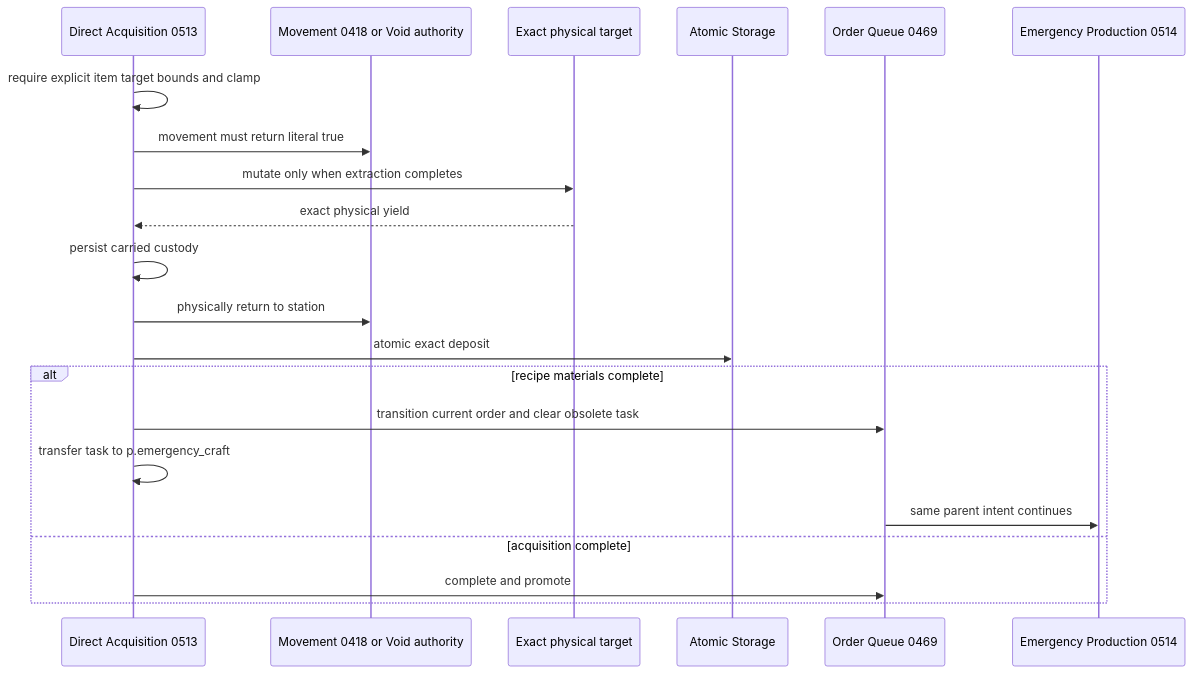
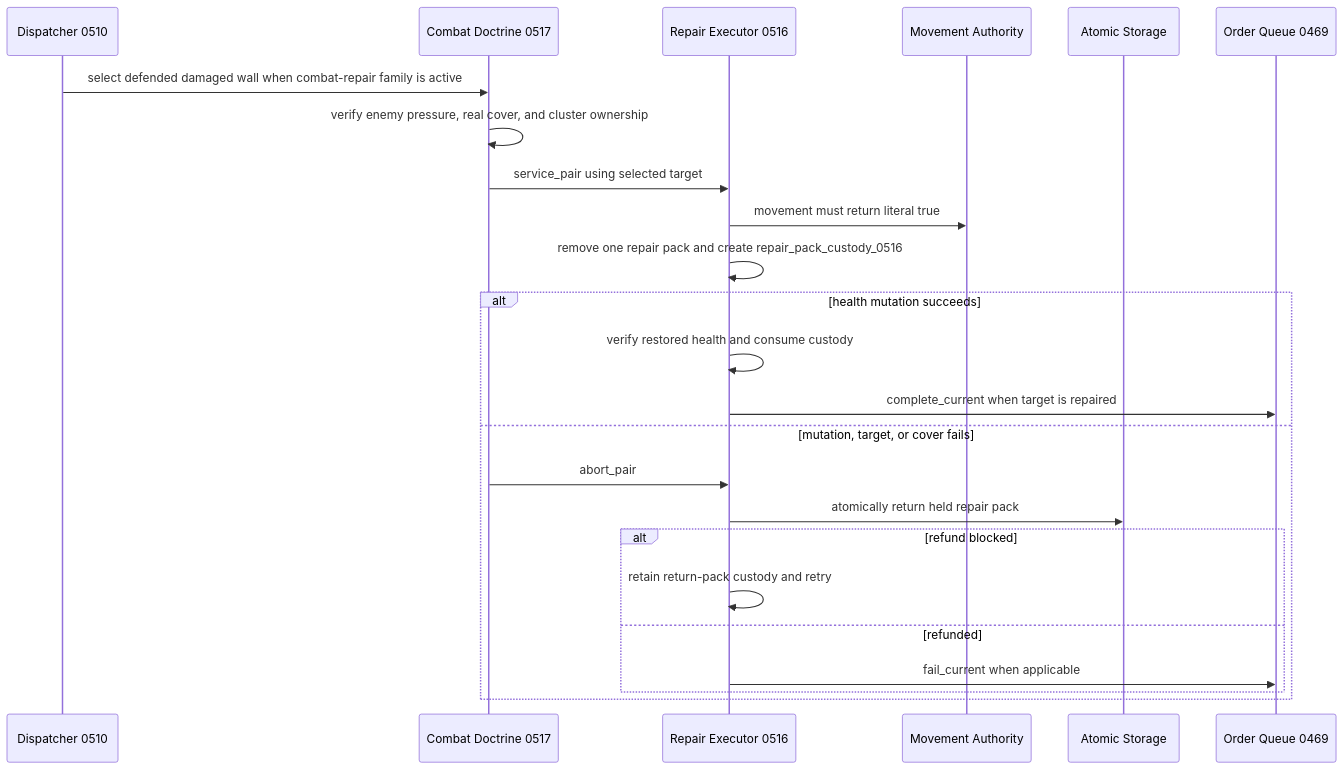
The seventh of 11 diagrams in docs/RECOVERY_AUTHORITY_MAP_CURRENT.md (mrcalzon02/Tech-Priests), drawn with Mermaid before and after one commit. The commit also changed other lines of this file, not shown here.

Commit message:
Map consolidated repair authority

````diff
--- a/docs/RECOVERY_AUTHORITY_MAP_CURRENT.md
+++ b/docs/RECOVERY_AUTHORITY_MAP_CURRENT.md
@@ -158,24 +161,27 @@
 ```mermaid
 sequenceDiagram
-    participant A as Direct Acquisition 0513
-    participant M as Movement 0418 or Void authority
-    participant R as Exact physical target
+    participant D as Dispatcher 0510
+    participant C as Combat Doctrine 0517
+    participant R as Repair Executor 0516
+    participant M as Movement Authority
     participant S as Atomic Storage
     participant Q as Order Queue 0469
-    participant P as Emergency Production 0514
 
-    A->>A: require explicit item target bounds and clamp
-    A->>M: movement must return literal true
-    A->>R: mutate only when extraction completes
-    R-->>A: exact physical yield
-    A->>A: persist carried custody
-    A->>M: physically return to station
-    A->>S: atomic exact deposit
-    alt recipe materials complete
-        A->>Q: transition current order and clear obsolete task
-        A->>A: transfer task to p.emergency_craft
-        Q->>P: same parent intent continues
-    else acquisition complete
-        A->>Q: complete and promote
+    D->>C: select defended damaged wall when combat-repair family is active
+    C->>C: verify enemy pressure, real cover, and cluster ownership
+    C->>R: service_pair using selected target
+    R->>M: movement must return literal true
+    R->>R: remove one repair pack and create repair_pack_custody_0516
+    alt health mutation succeeds
+        R->>R: verify restored health and consume custody
+        R->>Q: complete_current when target is repaired
+    else mutation, target, or cover fails
+        C->>R: abort_pair
+        R->>S: atomically return held repair pack
+        alt refund blocked
+            R->>R: retain return-pack custody and retry
+        else refunded
+            R->>Q: fail_current when applicable
+        end
     end
 ```
````
